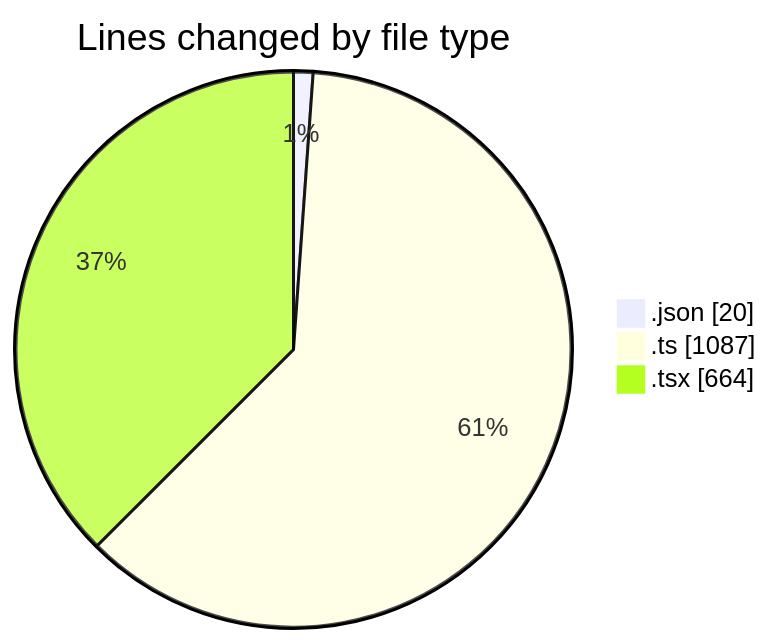
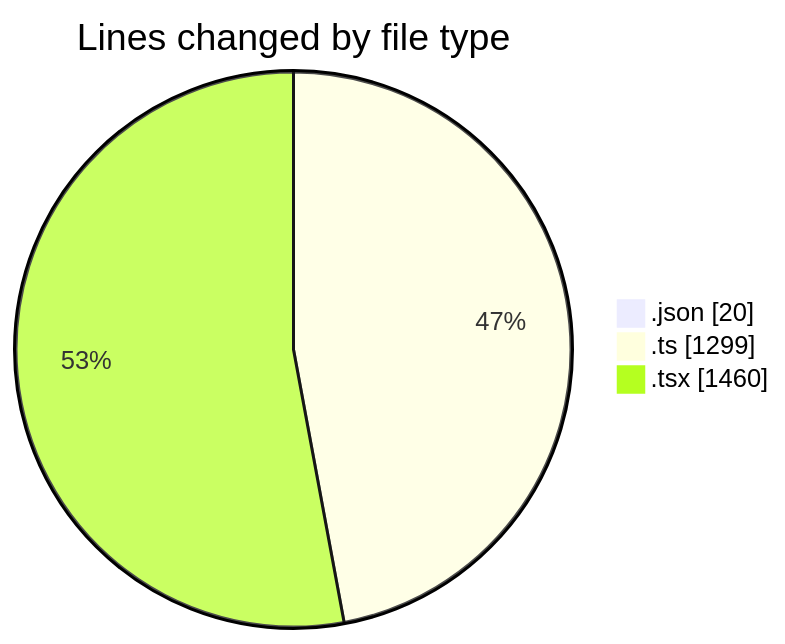
One commit to CELIANVF/code-tracking changed the first of 2 diagrams in 2025-05-15/ecodeli-1/README.md. Above: the diagram before and after it, drawn with Mermaid. The commit also changed other lines of this file and 1 other file, not shown here.

````diff
--- a/2025-05-15/ecodeli-1/README.md
+++ b/2025-05-15/ecodeli-1/README.md
@@ -24,7 +27,7 @@
 ```mermaid
 pie showData
 title Lines changed by file type
 ".json" : 20
-".ts" : 1087
-".tsx" : 664
+".ts" : 1299
+".tsx" : 1460
 ```
````
